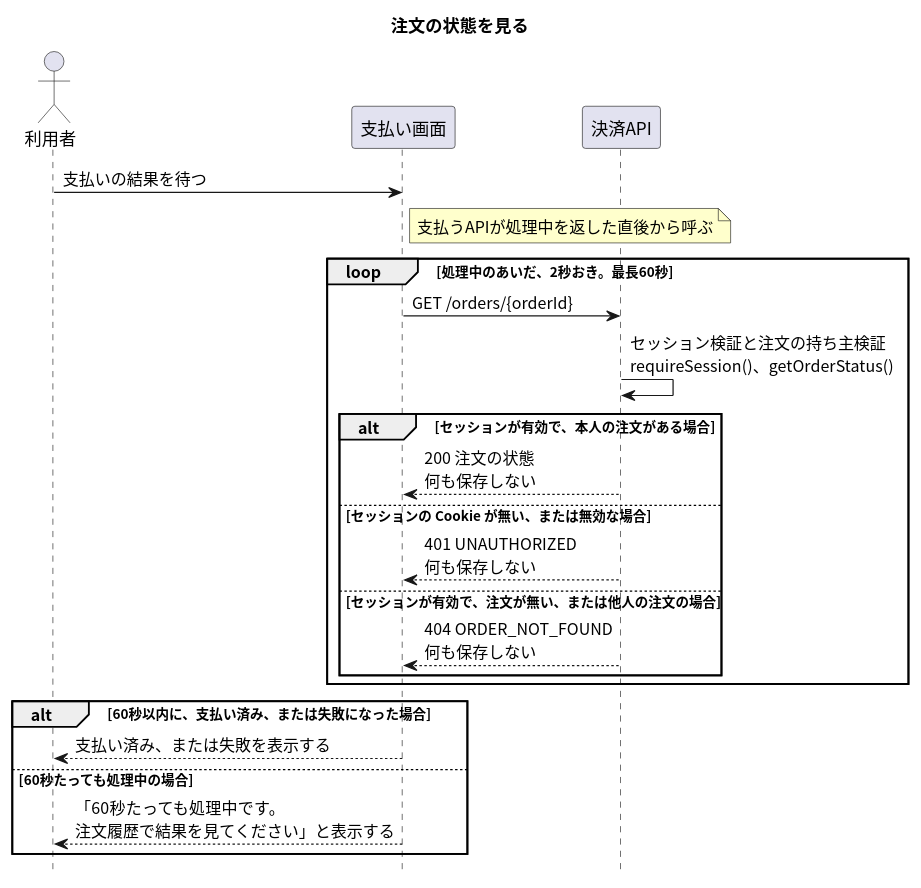
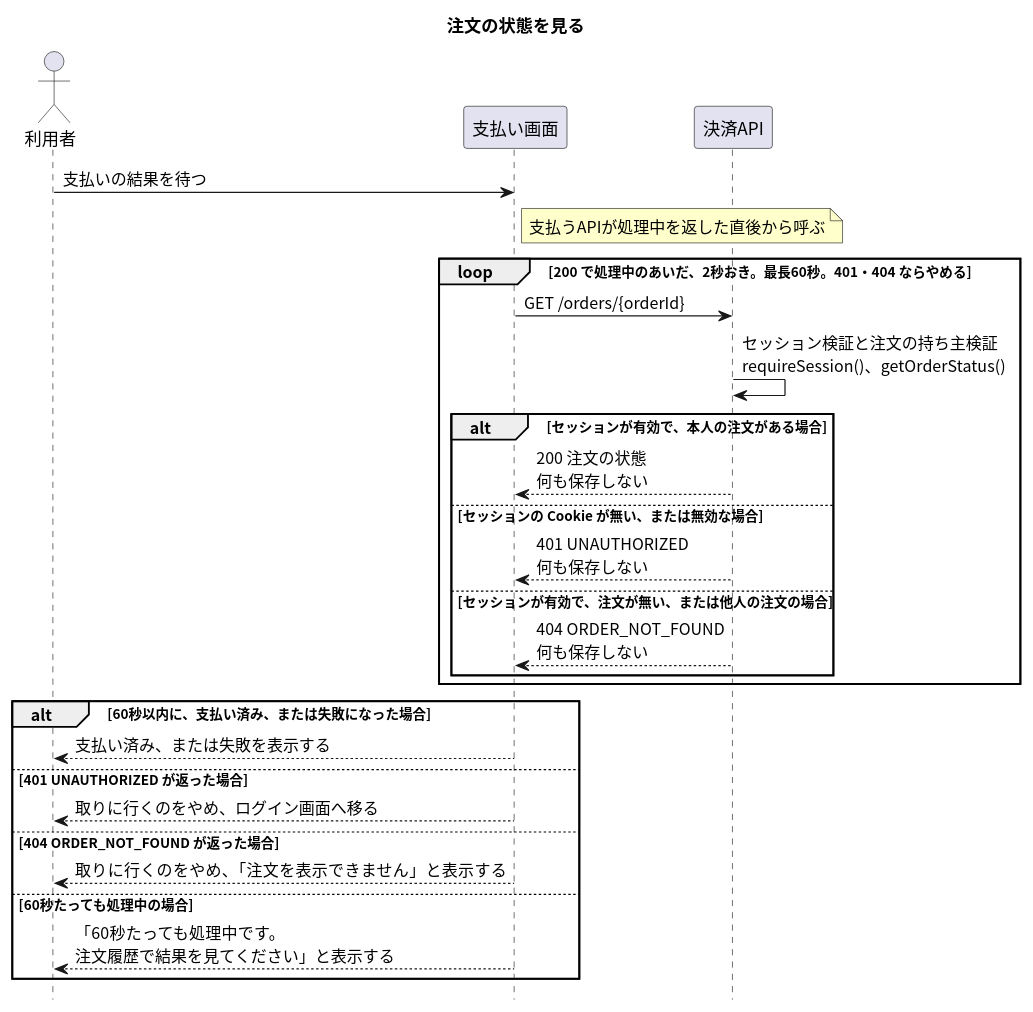
The diagram in apis/get-order/入口.puml (masamasamasato/design-doc-template), drawn with PlantUML before and after one commit. The commit also changed 34 other files, not shown here.

```diff
--- a/apis/get-order/入口.puml
+++ b/apis/get-order/入口.puml
@@ -1,32 +1,36 @@
 @startuml
 skinparam shadowing false
 skinparam defaultFontName "Noto Sans CJK JP"
 skinparam SequenceFontName "Noto Sans CJK JP"
 skinparam NoteBackgroundColor #FFFFCC
 hide footbox
 
 title 注文の状態を見る
 
 actor "利用者" as User
 participant "支払い画面" as Screen
 participant "決済API" as API
 
 User -> Screen : 支払いの結果を待つ
 note right of Screen : 支払うAPIが処理中を返した直後から呼ぶ
-loop 処理中のあいだ、2秒おき。最長60秒
+loop 200 で処理中のあいだ、2秒おき。最長60秒。401・404 ならやめる
   Screen -> API : GET /orders/{orderId}
   API -> API : セッション検証と注文の持ち主検証\nrequireSession()、getOrderStatus()
   alt セッションが有効で、本人の注文がある場合
     API --> Screen : 200 注文の状態\n何も保存しない
   else セッションの Cookie が無い、または無効な場合
     API --> Screen : 401 UNAUTHORIZED\n何も保存しない
   else セッションが有効で、注文が無い、または他人の注文の場合
     API --> Screen : 404 ORDER_NOT_FOUND\n何も保存しない
   end
 end
 alt 60秒以内に、支払い済み、または失敗になった場合
   Screen --> User : 支払い済み、または失敗を表示する
+else 401 UNAUTHORIZED が返った場合
+  Screen --> User : 取りに行くのをやめ、ログイン画面へ移る
+else 404 ORDER_NOT_FOUND が返った場合
+  Screen --> User : 取りに行くのをやめ、「注文を表示できません」と表示する
 else 60秒たっても処理中の場合
   Screen --> User : 「60秒たっても処理中です。\n注文履歴で結果を見てください」と表示する
 end
 @enduml
```
